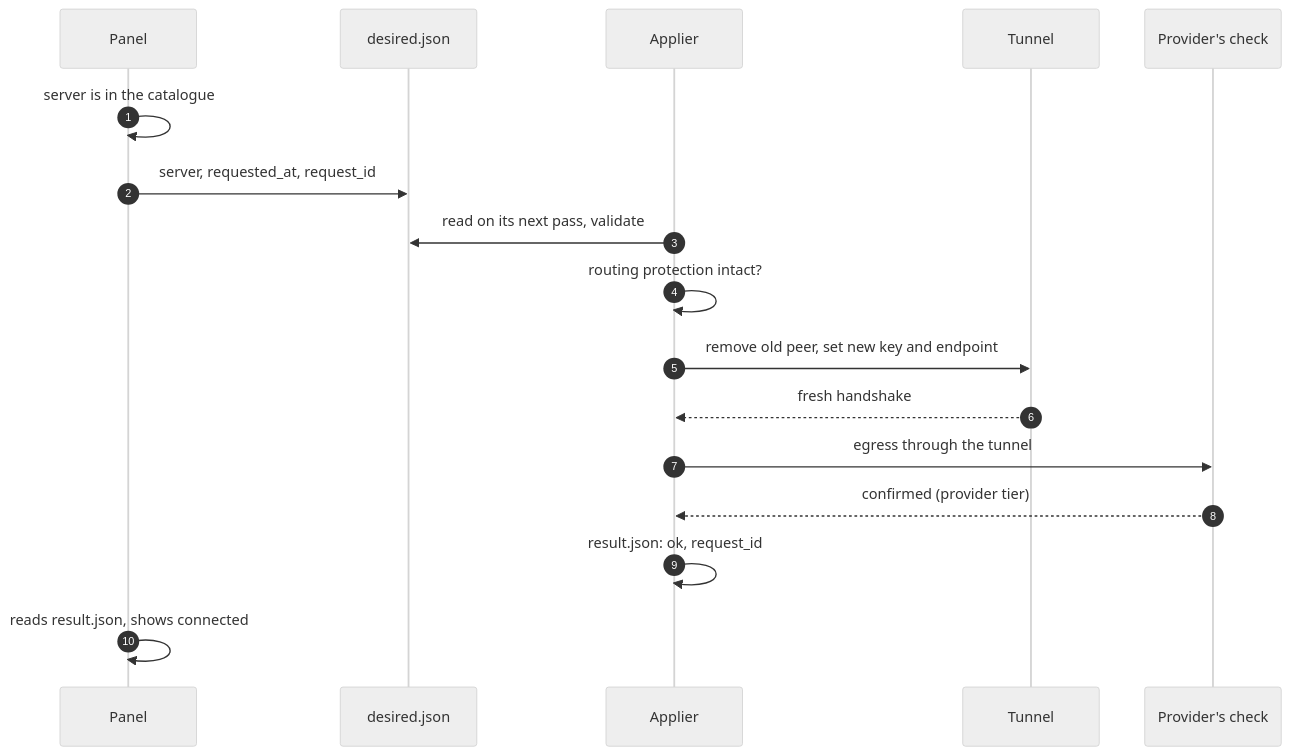
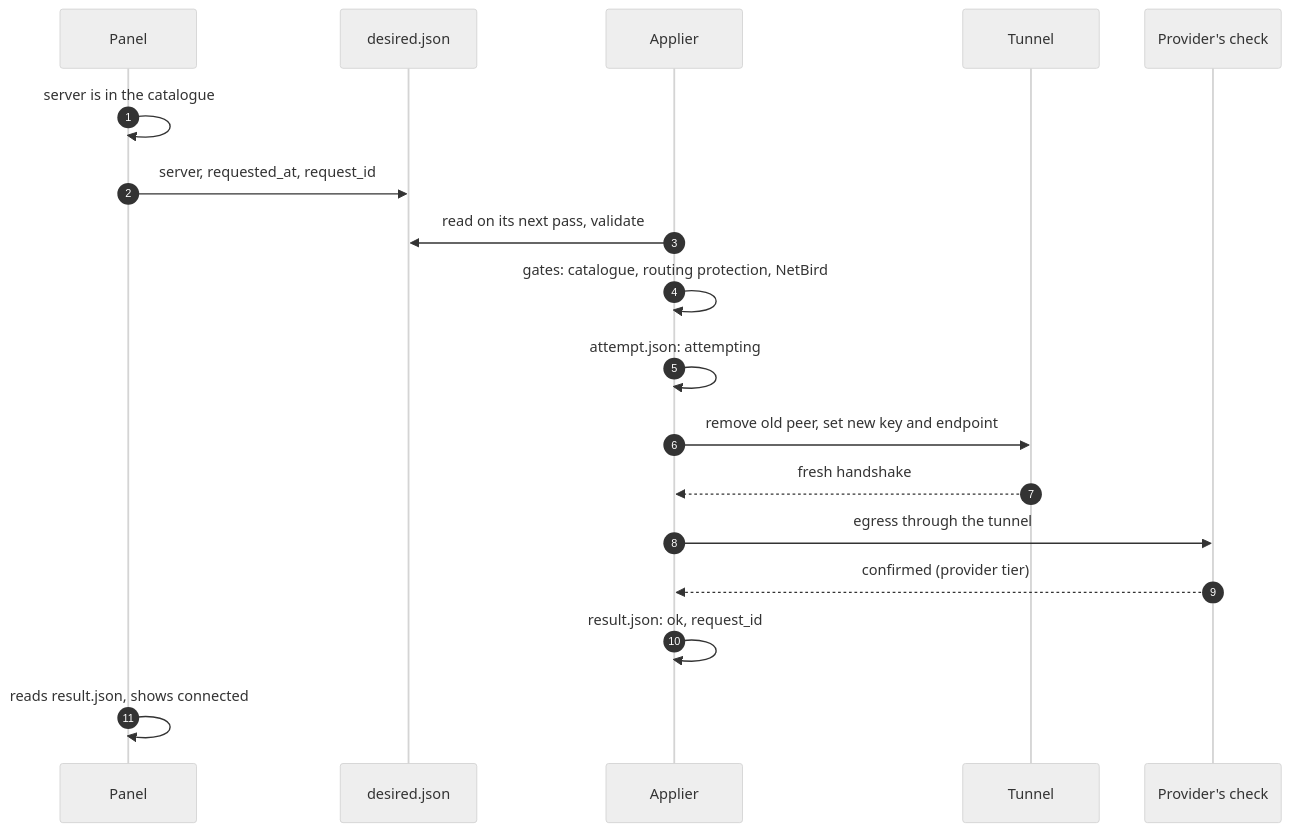
One commit to irashack/molebridge changed the fifth of 5 diagrams in docs/architecture.md. Above: the diagram before and after it, drawn with Mermaid (neutral theme). The commit also changed other lines of this file and 12 other files, not shown here.

````diff
--- a/docs/architecture.md
+++ b/docs/architecture.md
@@ -942,19 +1048,20 @@
 ```mermaid
 sequenceDiagram
     autonumber
     participant P as Panel
     participant D as desired.json
     participant A as Applier
     participant T as Tunnel
     participant E as Provider's check
     P->>P: server is in the catalogue
     P->>D: server, requested_at, request_id
     A->>D: read on its next pass, validate
-    A->>A: routing protection intact?
+    A->>A: gates: catalogue, routing protection, NetBird
+    A->>A: attempt.json: attempting
     A->>T: remove old peer, set new key and endpoint
     T-->>A: fresh handshake
     A->>E: egress through the tunnel
     E-->>A: confirmed (provider tier)
     A->>A: result.json: ok, request_id
     P->>P: reads result.json, shows connected
 ```
````
